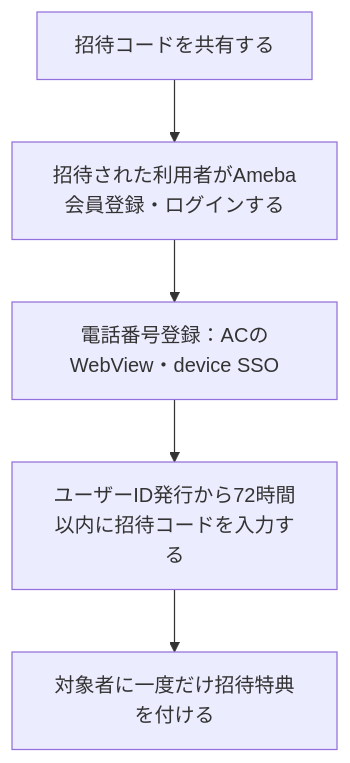
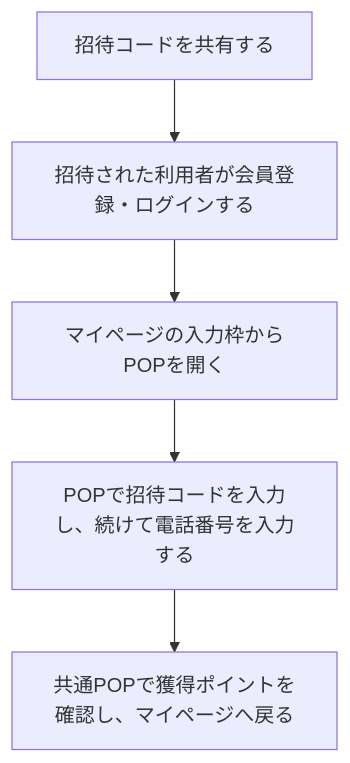
Before and after one commit to Min-Thu-Khant/pochipo-mock-en: the diagram in docs/prd/features/F14-referral.md, drawn with Mermaid. The commit also changed other lines of this file and 1 other file, not shown here.

````diff
--- a/docs/prd/features/F14-referral.md
+++ b/docs/prd/features/F14-referral.md
@@ -53,12 +46,12 @@
 ```mermaid
 flowchart TD
   A0["招待コードを共有する"]
-  A1["招待された利用者がAmeba会員登録・ログインする"]
-  A2["電話番号登録：ACのWebView・device SSO"]
-  A3["ユーザーID発行から72時間以内に招待コードを入力する"]
-  A4["対象者に一度だけ招待特典を付ける"]
+  A1["招待された利用者が会員登録・ログインする"]
+  A2["マイページの入力枠からPOPを開く"]
+  A3["POPで招待コードを入力し、続けて電話番号を入力する"]
+  A4["共通POPで獲得ポイントを確認し、マイページへ戻る"]
   A0 --> A1
   A1 --> A2
   A2 --> A3
   A3 --> A4
 ```
````
